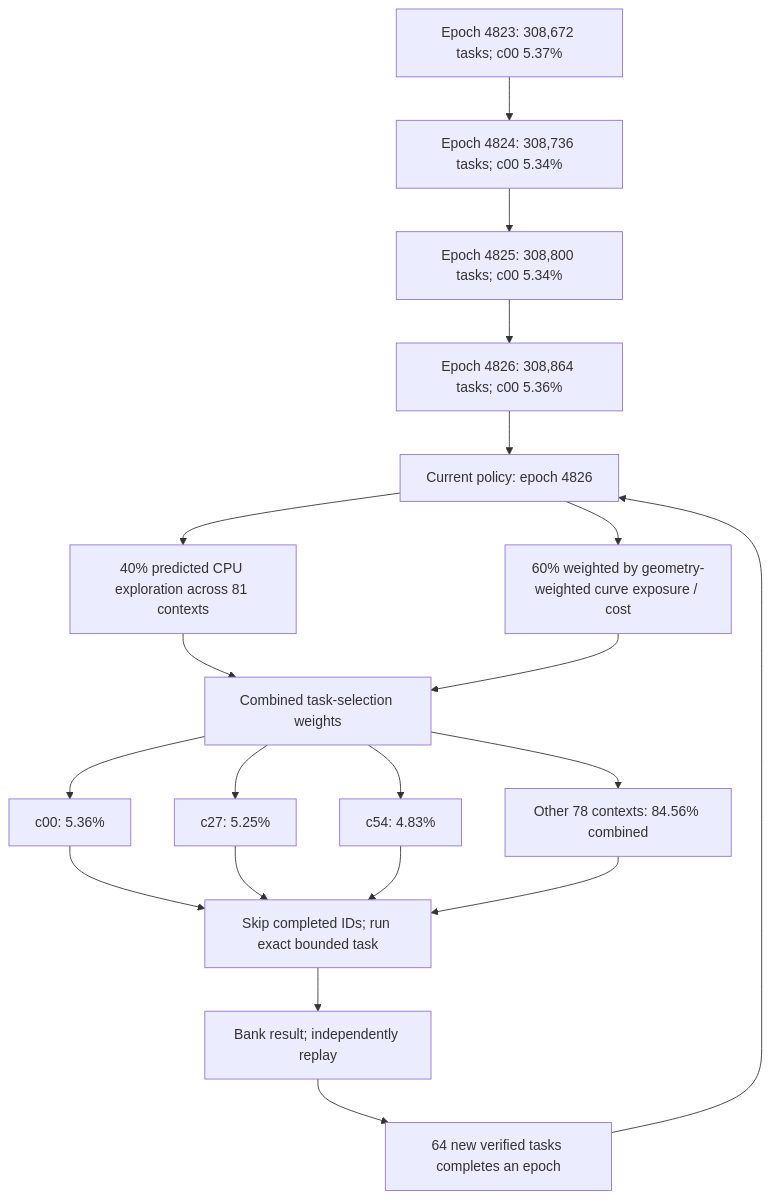
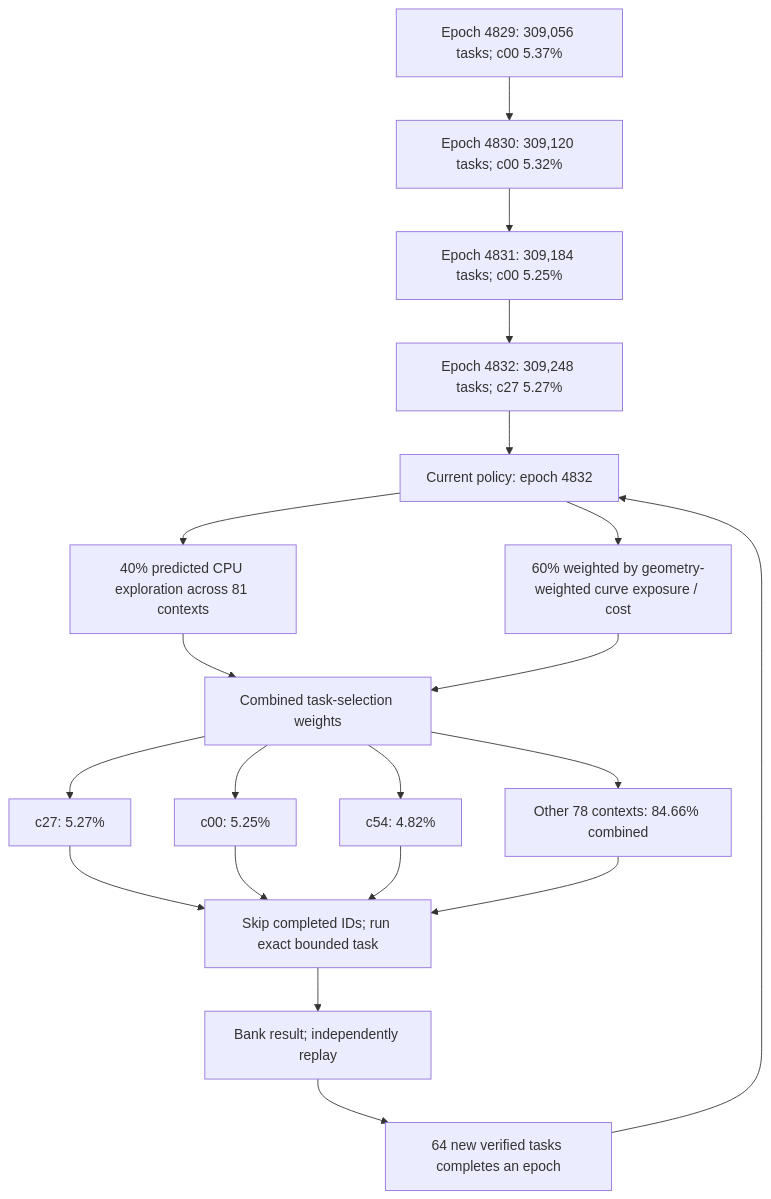
One commit to Kuberwastaken/math-gambling changed the first of 3 diagrams in README.md. Above: the diagram before and after it, drawn with Mermaid. The commit also changed other lines of this file and 919 other files, not shown here.

````diff
--- a/README.md
+++ b/README.md
@@ -60,27 +60,27 @@
 ```mermaid
 flowchart TD
-    H0["Epoch 4823: 308,672 tasks; c00 5.37%"]
-    H1["Epoch 4824: 308,736 tasks; c00 5.34%"]
+    H0["Epoch 4829: 309,056 tasks; c00 5.37%"]
+    H1["Epoch 4830: 309,120 tasks; c00 5.32%"]
     H0 --> H1
-    H2["Epoch 4825: 308,800 tasks; c00 5.34%"]
+    H2["Epoch 4831: 309,184 tasks; c00 5.25%"]
     H1 --> H2
-    H3["Epoch 4826: 308,864 tasks; c00 5.36%"]
+    H3["Epoch 4832: 309,248 tasks; c27 5.27%"]
     H2 --> H3
-    Policy["Current policy: epoch 4826"]
+    Policy["Current policy: epoch 4832"]
     H3 --> Policy
     Policy --> Explore["40% predicted CPU exploration across 81 contexts"]
     Policy --> Cost["60% weighted by geometry-weighted curve exposure / cost"]
     Explore --> Mix["Combined task-selection weights"]
     Cost --> Mix
-    Mix --> C0["c00: 5.36%"]
-    Mix --> C1["c27: 5.25%"]
-    Mix --> C2["c54: 4.83%"]
-    Mix --> Rest["Other 78 contexts: 84.56% combined"]
+    Mix --> C0["c27: 5.27%"]
+    Mix --> C1["c00: 5.25%"]
+    Mix --> C2["c54: 4.82%"]
+    Mix --> Rest["Other 78 contexts: 84.66% combined"]
     C0 --> Check["Skip completed IDs; run exact bounded task"]
     C1 --> Check
     C2 --> Check
     Rest --> Check
     Check --> Replay["Bank result; independently replay"]
     Replay --> Gate["64 new verified tasks completes an epoch"]
     Gate --> Policy
 ```
````
